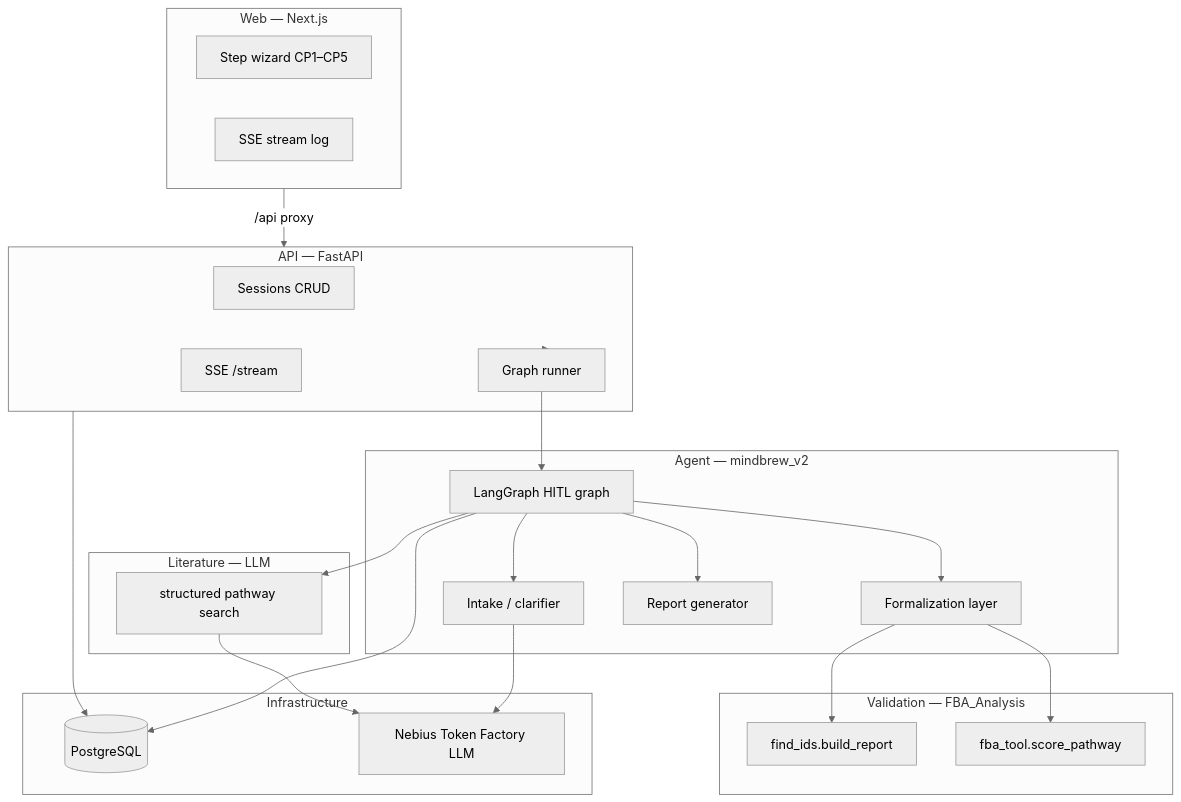
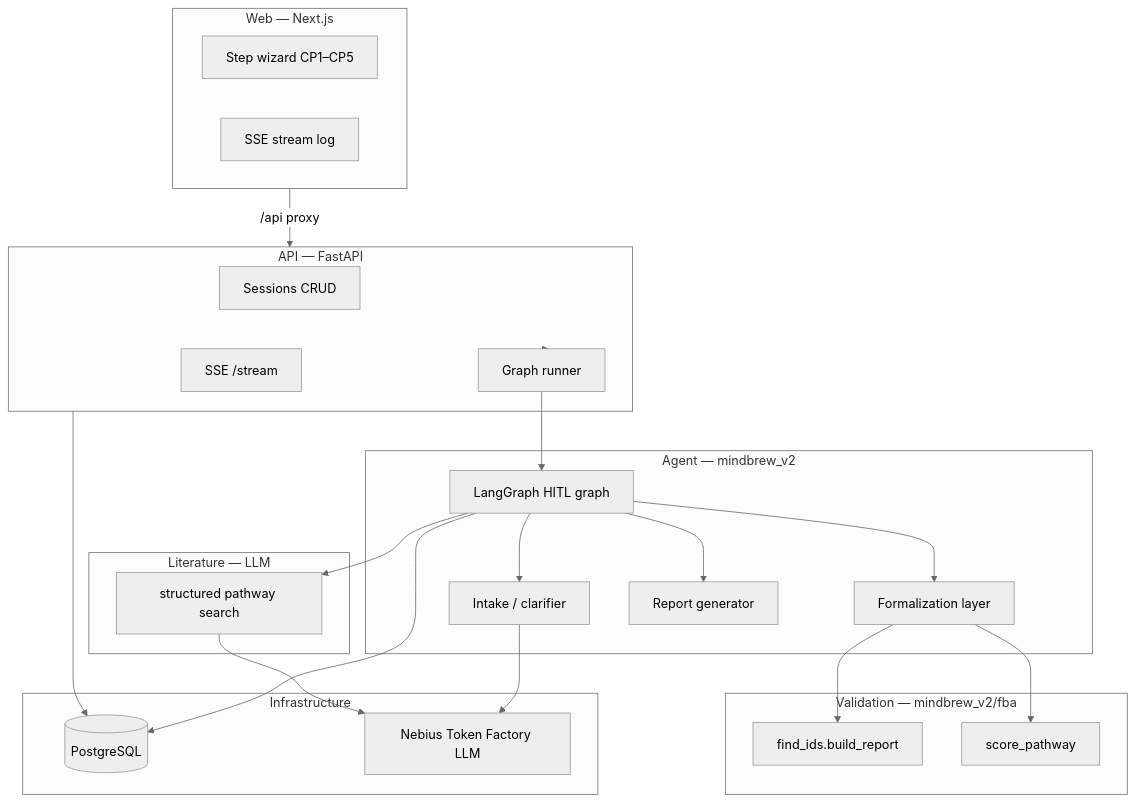
Before and after one commit to maksbd19/mindbrew: the first of 3 diagrams in README.md, drawn with Mermaid (neutral theme). The commit also changed other lines of this file and 40 other files, not shown here.

````diff
--- a/README.md
+++ b/README.md
@@ -34,48 +39,48 @@
 ```mermaid
 flowchart TB
     subgraph ui [Web — Next.js]
         wizard[Step wizard CP1–CP5]
         stream[SSE stream log]
     end
 
     subgraph api [API — FastAPI]
         sessions[Sessions CRUD]
         runner[Graph runner]
         sse[SSE /stream]
     end
 
     subgraph agent [Agent — mindbrew_v2]
         hitlGraph[LangGraph HITL graph]
         intake[Intake / clarifier]
         formalize[Formalization layer]
         report[Report generator]
     end
 
     subgraph lit [Literature — LLM]
         litsearch[structured pathway search]
     end
 
-    subgraph fba [Validation — FBA_Analysis]
+    subgraph fba [Validation — mindbrew_v2/fba]
         findids[find_ids.build_report]
-        score[fba_tool.score_pathway]
+        score[score_pathway]
     end
 
     subgraph infra [Infrastructure]
         pg[(PostgreSQL)]
         nebius[Nebius Token Factory LLM]
     end
 
     ui -->|"/api proxy"| api
     api --> runner
     runner --> hitlGraph
     hitlGraph --> intake
     hitlGraph --> litsearch
     hitlGraph --> formalize
     formalize --> findids
     formalize --> score
     hitlGraph --> report
     intake --> nebius
     litsearch --> nebius
     api --> pg
     hitlGraph --> pg
 ```
````
